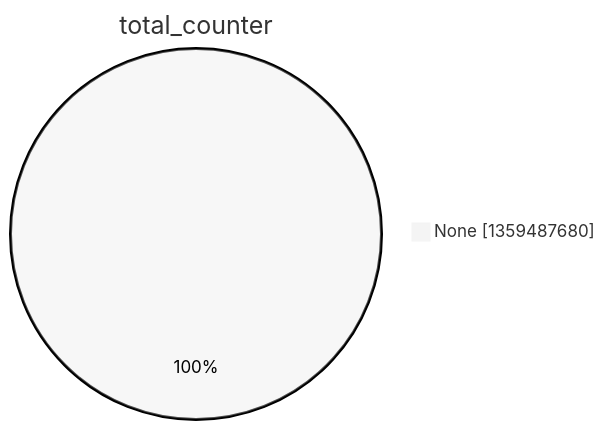
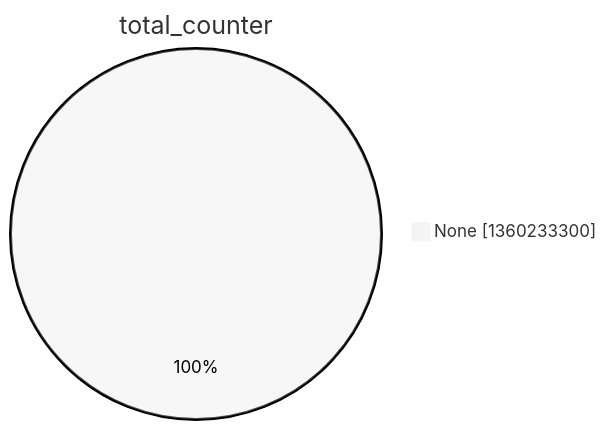
Before and after one commit to christiankrug/ctmonitor_visualization: the second of 15 diagrams in argon2022/README.md, drawn with Mermaid (neutral theme). The commit also changed other lines of this file, not shown here.

````diff
--- a/argon2022/README.md
+++ b/argon2022/README.md
@@ -9,5 +9,5 @@
 ```mermaid
 pie showData
 title total_counter
-"None" :1359487680
+"None" :1360233300
 ```
````
